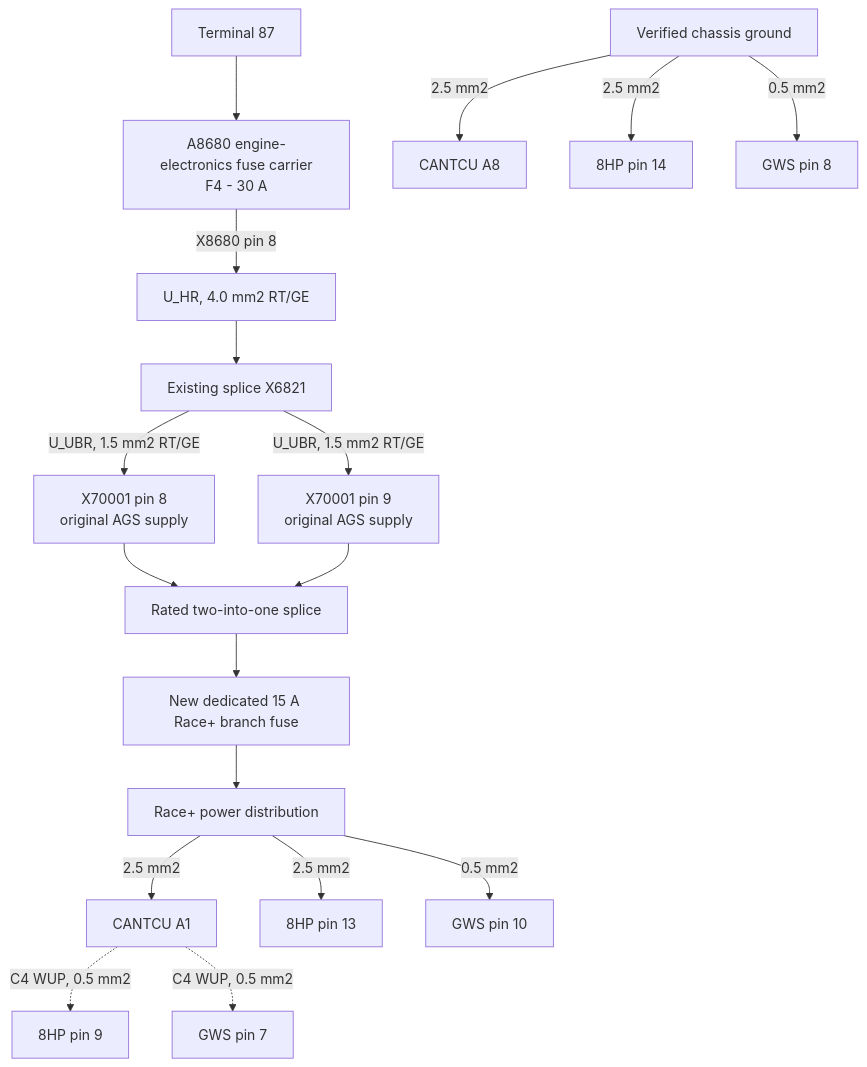
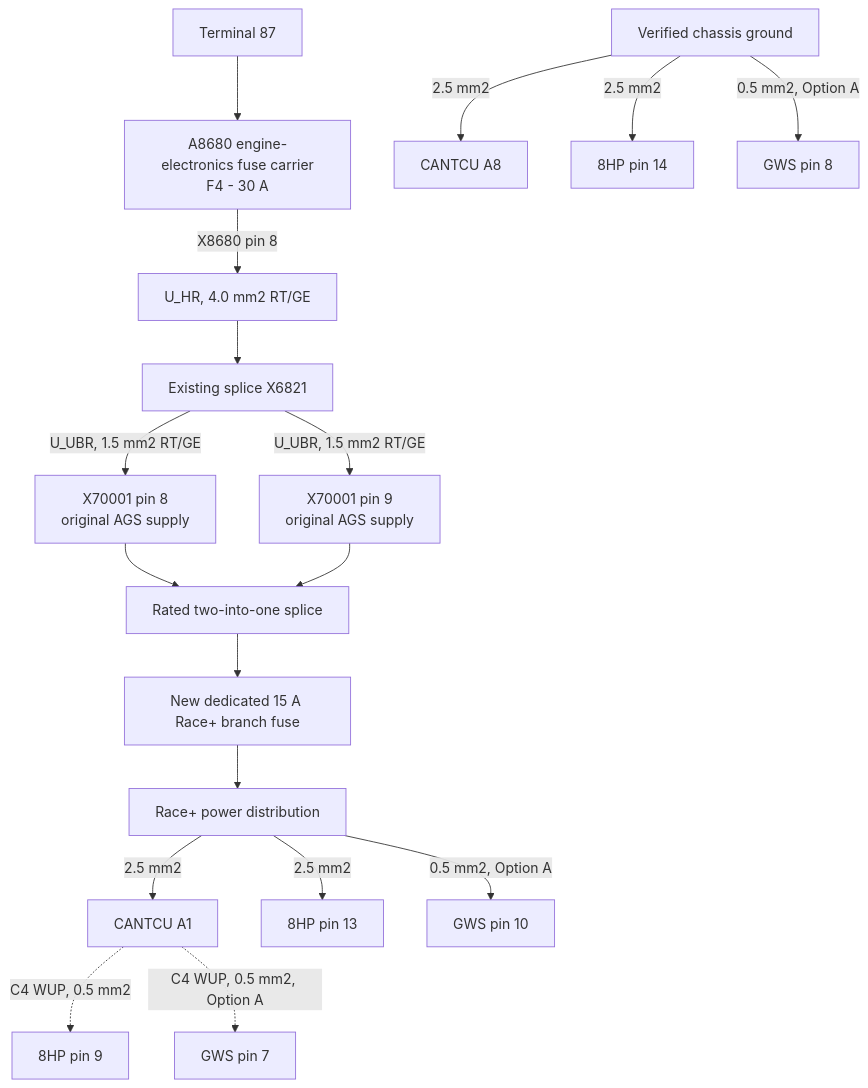
One commit to tomazcebul/E38-8HP-Conversion changed the diagram in CANTCU-Installation.md. Above: the diagram before and after it, drawn with Mermaid. The commit also changed other lines of this file and 4 other files, not shown here.

````diff
--- a/CANTCU-Installation.md
+++ b/CANTCU-Installation.md
@@ -64,24 +67,24 @@
 ```mermaid
 flowchart TB
     T87["Terminal 87"] --> F4["A8680 engine-electronics fuse carrier<br/>F4 - 30 A"]
     F4 -->|"X8680 pin 8"| FEED["U_HR, 4.0 mm2 RT/GE"]
     FEED --> X6821["Existing splice X6821"]
 
     X6821 -->|"U_UBR, 1.5 mm2 RT/GE"| X70001_8["X70001 pin 8<br/>original AGS supply"]
     X6821 -->|"U_UBR, 1.5 mm2 RT/GE"| X70001_9["X70001 pin 9<br/>original AGS supply"]
 
     X70001_8 --> COMBINE["Rated two-into-one splice"]
     X70001_9 --> COMBINE
     COMBINE --> F15["New dedicated 15 A Race+ branch fuse"]
     F15 --> JUNCTION["Race+ power distribution"]
     JUNCTION -->|"2.5 mm2"| CANTCU["CANTCU A1"]
     JUNCTION -->|"2.5 mm2"| TCM["8HP pin 13"]
-    JUNCTION -->|"0.5 mm2"| GWS["GWS pin 10"]
+    JUNCTION -->|"0.5 mm2, Option A"| GWS["GWS pin 10"]
 
     CANTCU -. "C4 WUP, 0.5 mm2" .-> TCMWUP["8HP pin 9"]
-    CANTCU -. "C4 WUP, 0.5 mm2" .-> GWSWUP["GWS pin 7"]
+    CANTCU -. "C4 WUP, 0.5 mm2, Option A" .-> GWSWUP["GWS pin 7"]
 
     GROUND["Verified chassis ground"] -->|"2.5 mm2"| CANTCUGND["CANTCU A8"]
     GROUND -->|"2.5 mm2"| TCMGND["8HP pin 14"]
-    GROUND -->|"0.5 mm2"| GWSGND["GWS pin 8"]
+    GROUND -->|"0.5 mm2, Option A"| GWSGND["GWS pin 8"]
 ```
````
